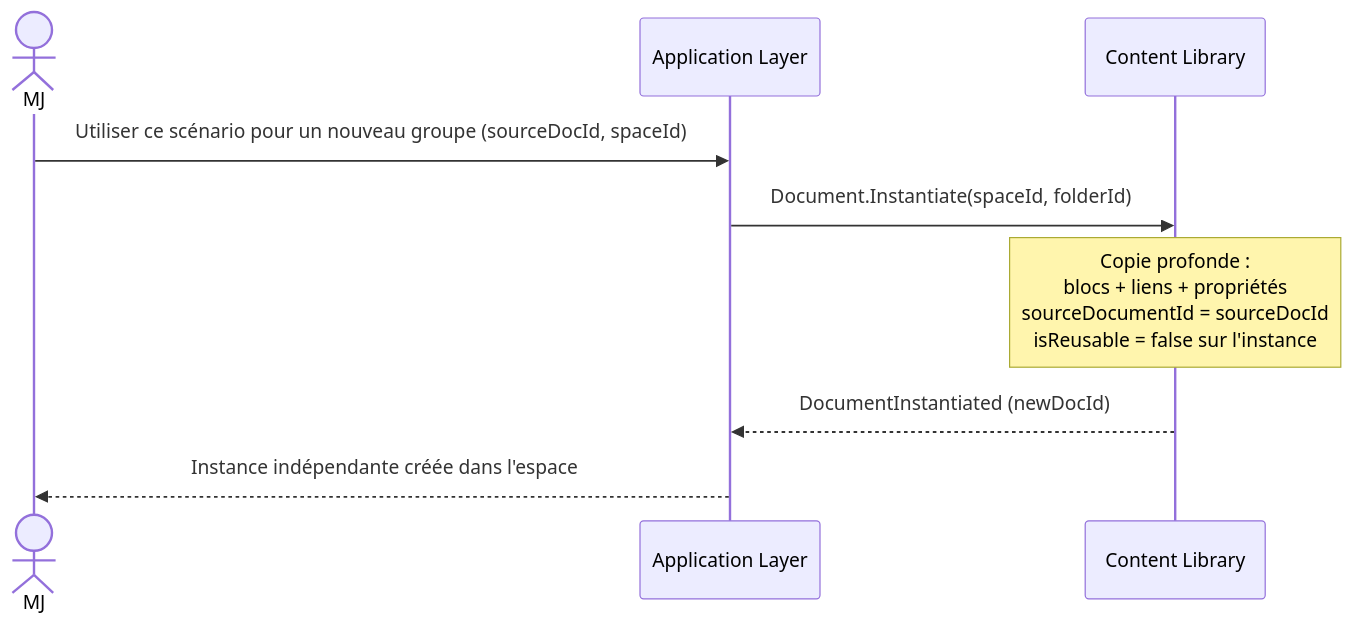
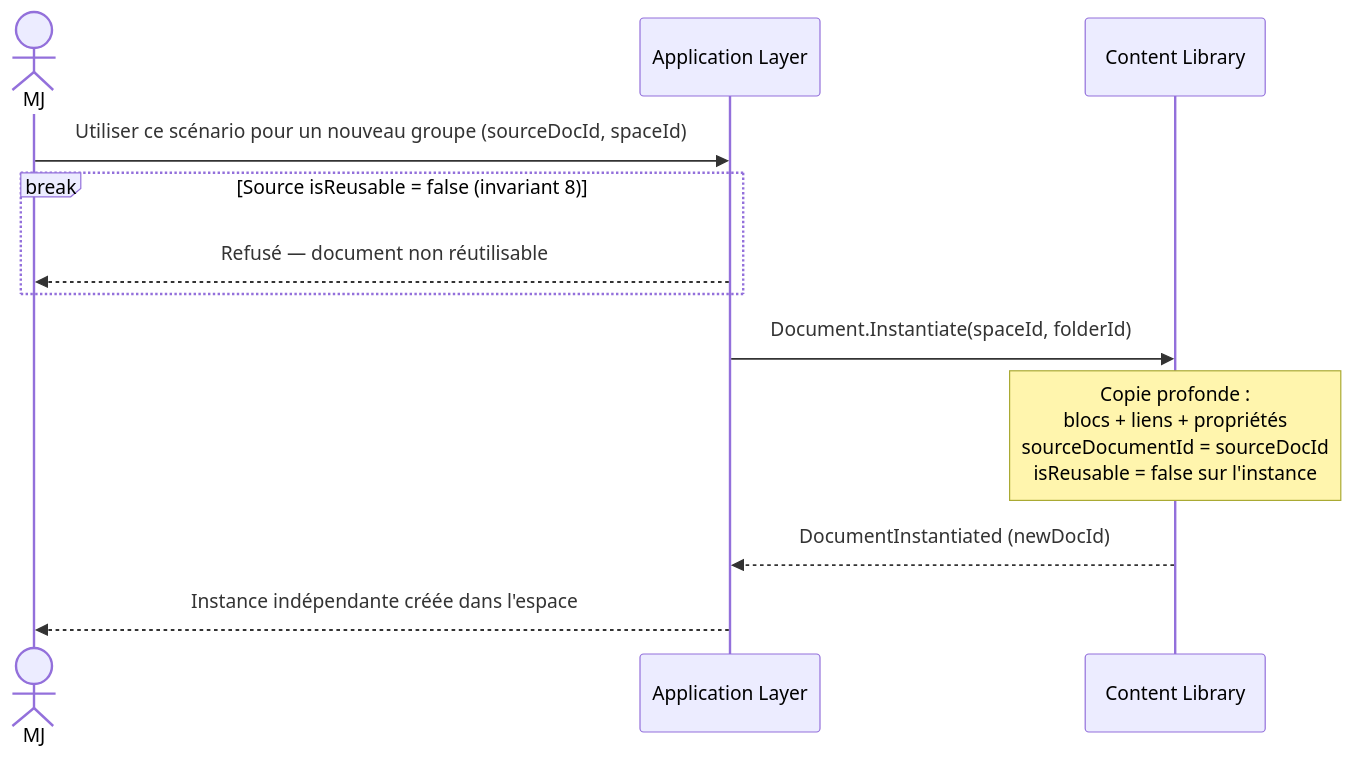
Before and after one commit to 2025-10-CDA-ECO-P6/PM-micro-saas: the fifth of 8 diagrams in docs/domaine/content-library/flows.md, drawn with Mermaid. The commit also changed other lines of this file and 3 other files, not shown here.

````diff
--- a/docs/domaine/content-library/flows.md
+++ b/docs/domaine/content-library/flows.md
@@ -81,12 +81,15 @@
 ```mermaid
 sequenceDiagram
     actor MJ
     participant App as Application Layer
     participant CL as Content Library
 
     MJ->>App: Utiliser ce scénario pour un nouveau groupe (sourceDocId, spaceId)
+    break Source isReusable = false (invariant 8)
+        App-->>MJ: Refusé — document non réutilisable
+    end
     App->>CL: Document.Instantiate(spaceId, folderId)
     Note over CL: Copie profonde :<br/>blocs + liens + propriétés<br/>sourceDocumentId = sourceDocId<br/>isReusable = false sur l'instance
     CL-->>App: DocumentInstantiated (newDocId)
     App-->>MJ: Instance indépendante créée dans l'espace
 ```
````
